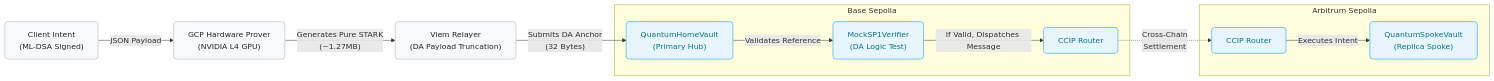
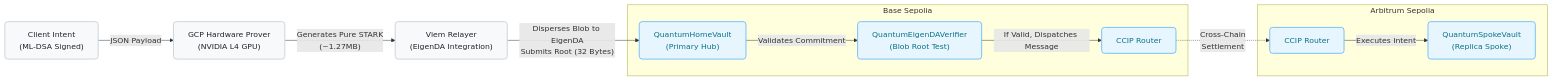
The diagram in README.md (vjb/quantum-safe-cre), drawn with Mermaid before and after one commit. The commit also changed other lines of this file and 19 other files, not shown here.

Commit message:
feat: End-to-end EigenDA and Chainlink CCIP integration

````diff
--- a/README.md
+++ b/README.md
@@ -15,36 +17,36 @@
 ```mermaid
 graph LR
     %% Core Entities
     Client["Client Intent\n(ML-DSA Signed)"]
     GCP["GCP Hardware Prover\n(NVIDIA L4 GPU)"]
-    Relayer["Viem Relayer\n(DA Payload Truncation)"]
+    Relayer["Viem Relayer\n(EigenDA Integration)"]
     
     %% Base Sepolia
     subgraph Base Sepolia
         HomeVault["QuantumHomeVault\n(Primary Hub)"]
-        MockVerifier["MockSP1Verifier\n(DA Logic Test)"]
+        EigenVerifier["QuantumEigenDAVerifier\n(Blob Root Test)"]
         CCIP_Router_Base["CCIP Router"]
     end
     
     %% Arbitrum Sepolia
     subgraph Arbitrum Sepolia
         CCIP_Router_Arb["CCIP Router"]
         SpokeVault["QuantumSpokeVault\n(Replica Spoke)"]
     end
 
     %% Execution Flow
     Client -->|"JSON Payload"| GCP
     GCP -->|"Generates Pure STARK\n(~1.27MB)"| Relayer
-    Relayer -->|"Submits DA Anchor\n(32 Bytes)"| HomeVault
-    HomeVault -->|"Validates Reference"| MockVerifier
-    MockVerifier -->|"If Valid, Dispatches Message"| CCIP_Router_Base
+    Relayer -->|"Disperses Blob to EigenDA\nSubmits Root (32 Bytes)"| HomeVault
+    HomeVault -->|"Validates Commitment"| EigenVerifier
+    EigenVerifier -->|"If Valid, Dispatches Message"| CCIP_Router_Base
     CCIP_Router_Base -.->|"Cross-Chain\nSettlement"| CCIP_Router_Arb
     CCIP_Router_Arb -->|"Executes Intent"| SpokeVault
     
     %% Styling
     classDef execution fill:#f8f9fa,stroke:#ced4da,stroke-width:2px,color:#212529,rx:6px,ry:6px;
     classDef onchain fill:#e7f5ff,stroke:#74c0fc,stroke-width:2px,color:#0b7285,rx:6px,ry:6px;
     
     class Client,GCP,Relayer execution;
-    class HomeVault,MockVerifier,CCIP_Router_Base,CCIP_Router_Arb,SpokeVault onchain;
+    class HomeVault,EigenVerifier,CCIP_Router_Base,CCIP_Router_Arb,SpokeVault onchain;
 ```
````
